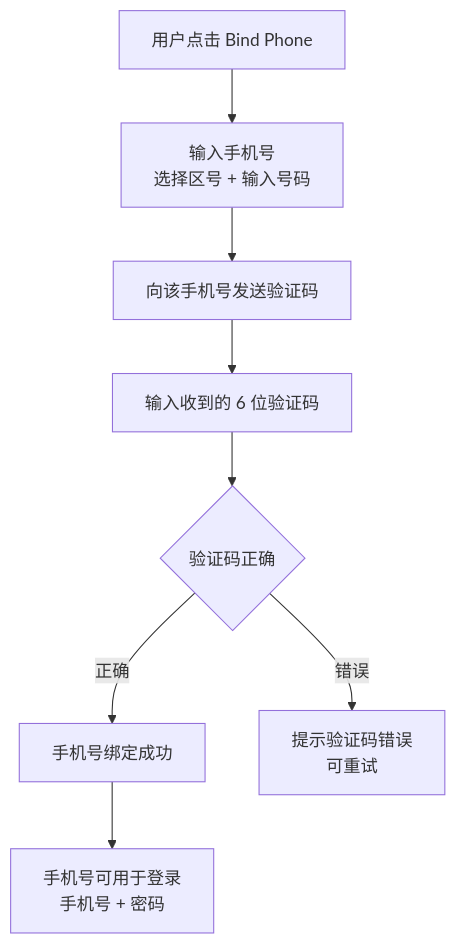
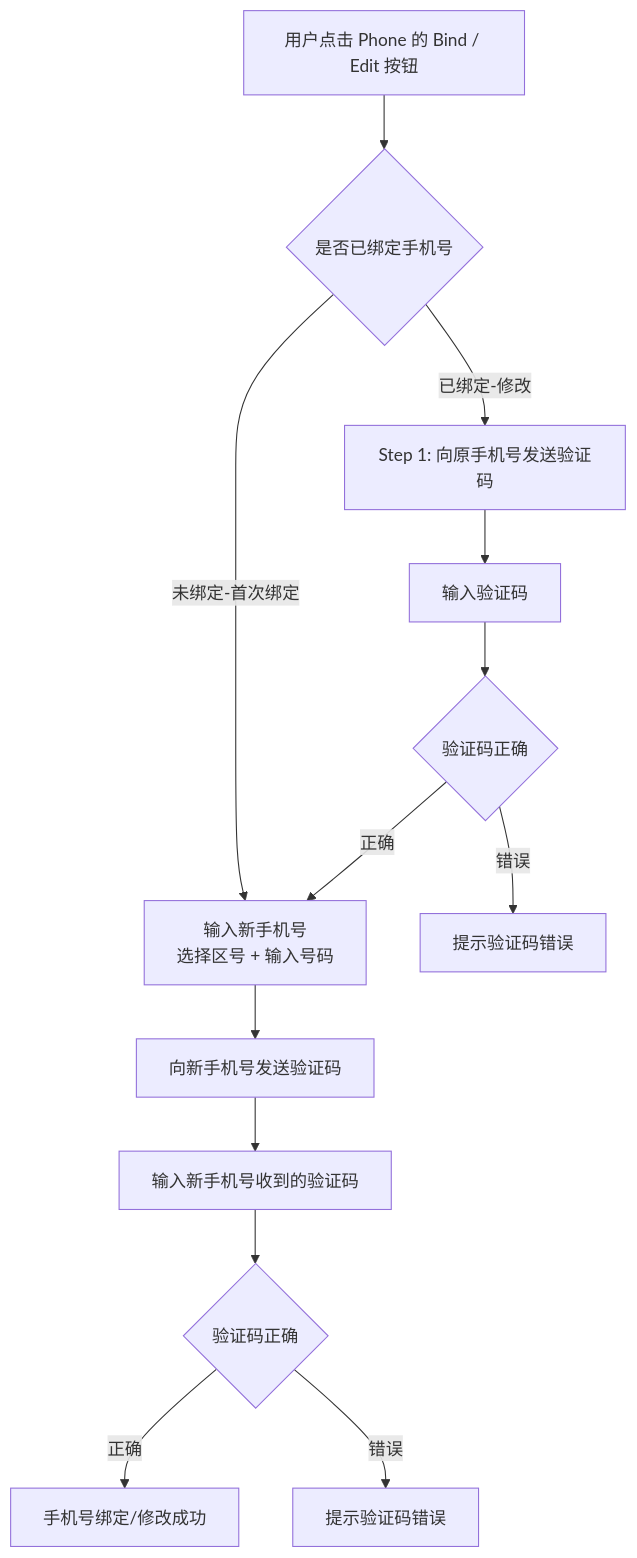
The eighth of 9 diagrams in USERPERMISSIONS/prd/TP-UsersAndPermissions.md (xiaoxiaoangie/EX-NEW), drawn with Mermaid before and after one commit. The commit also changed other lines of this file and 72 other files, not shown here.

````diff
--- a/USERPERMISSIONS/prd/TP-UsersAndPermissions.md
+++ b/USERPERMISSIONS/prd/TP-UsersAndPermissions.md
@@ -371,12 +385,19 @@
 ```mermaid
 flowchart TD
-    A[用户点击 Bind Phone] --> B[输入手机号<br/>选择区号 + 输入号码]
-    B --> C[向该手机号发送验证码]
-    C --> D[输入收到的 6 位验证码]
-    D --> E{验证码正确}
+    A[用户点击 Phone 的 Bind / Edit 按钮] --> B{是否已绑定手机号}
 
-    E -->|正确| F[手机号绑定成功]
-    E -->|错误| G[提示验证码错误<br/>可重试]
+    B -->|未绑定-首次绑定| C[输入新手机号<br/>选择区号 + 输入号码]
+    B -->|已绑定-修改| D[Step 1: 向原手机号发送验证码]
 
-    F --> H[手机号可用于登录<br/>手机号 + 密码]
+    D --> D1[输入验证码]
+    D1 --> D2{验证码正确}
+    D2 -->|正确| C
+    D2 -->|错误| D3[提示验证码错误]
+
+    C --> E[向新手机号发送验证码]
+    E --> F[输入新手机号收到的验证码]
+    F --> G{验证码正确}
+
+    G -->|正确| H[手机号绑定/修改成功]
+    G -->|错误| F1[提示验证码错误]
 ```
````
